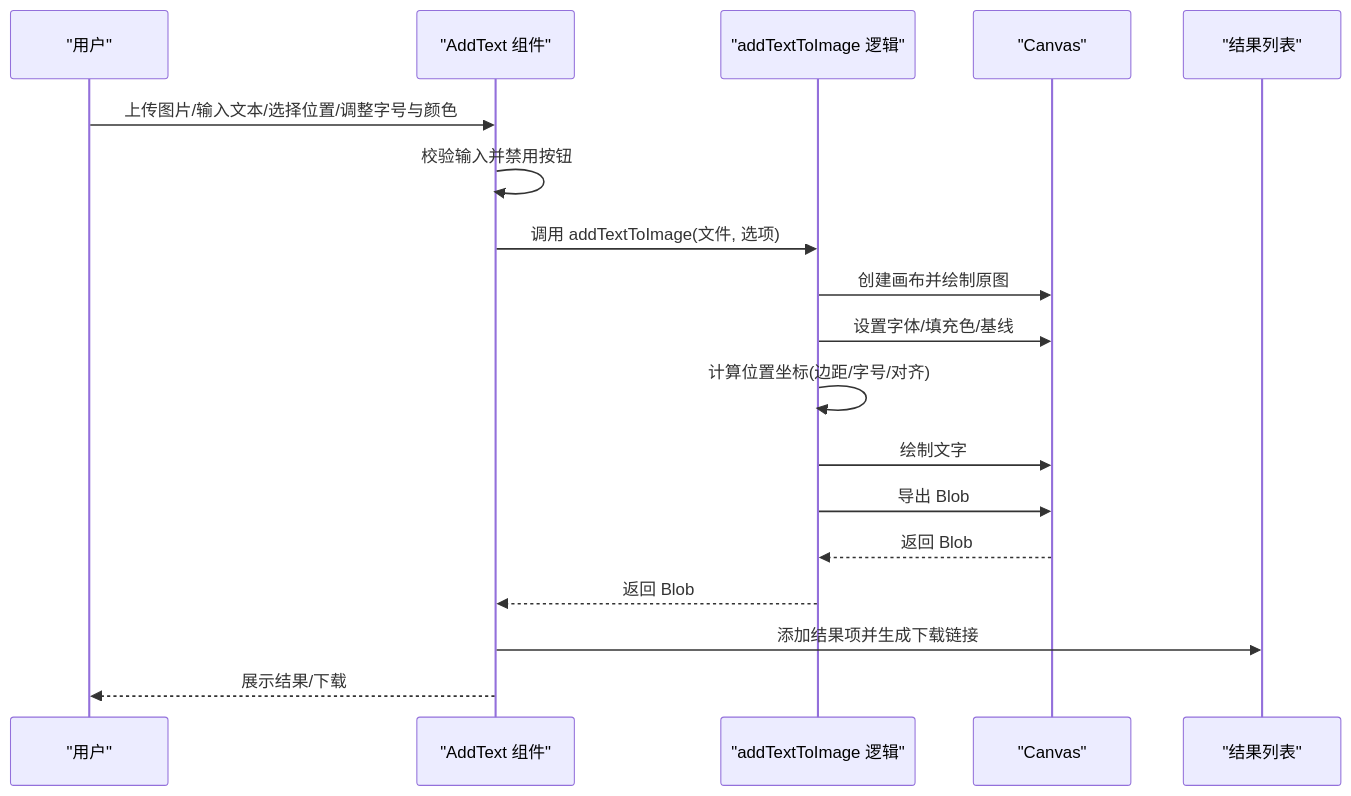
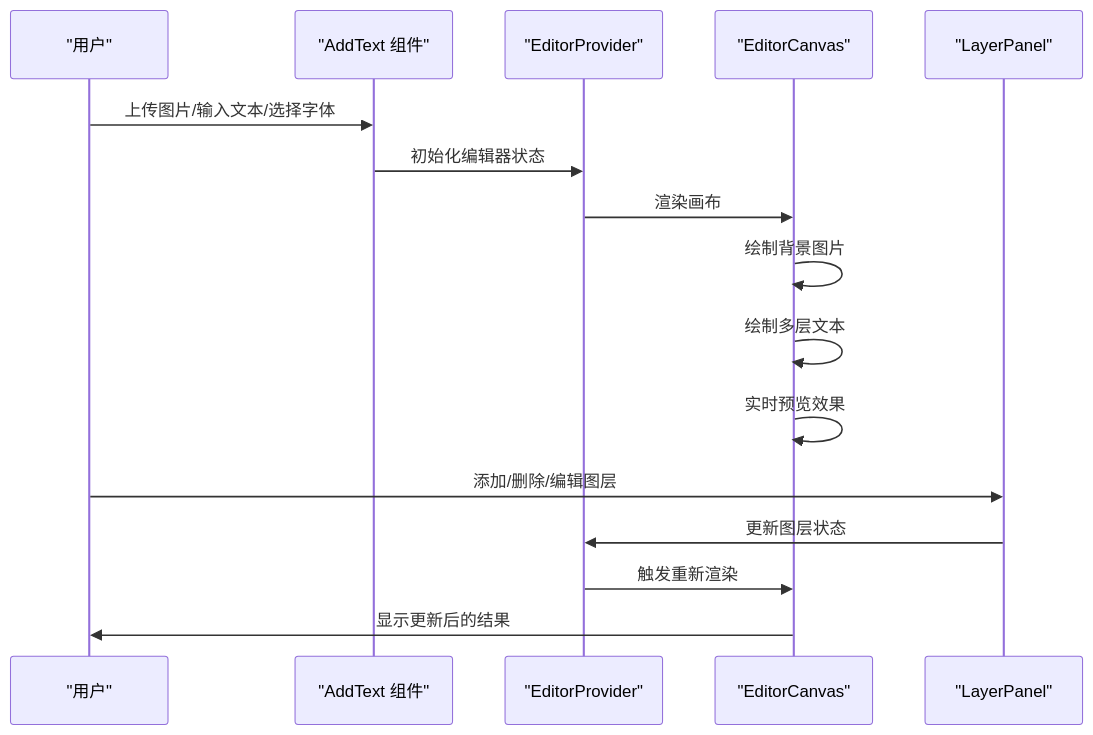
Before and after one commit to sgyy/privadeck: the second of 3 diagrams in .qoder/repowiki/zh/content/图像工具/文字叠加.md, drawn with Mermaid. The commit also changed other lines of this file and 48 other files, not shown here.

````diff
--- a/.qoder/repowiki/zh/content/图像工具/文字叠加.md
+++ b/.qoder/repowiki/zh/content/图像工具/文字叠加.md
@@ -120,20 +158,18 @@
 ```mermaid
 sequenceDiagram
 participant U as "用户"
 participant UI as "AddText 组件"
-participant L as "addTextToImage 逻辑"
-participant C as "Canvas"
-participant R as "结果列表"
-U->>UI : 上传图片/输入文本/选择位置/调整字号与颜色
-UI->>UI : 校验输入并禁用按钮
-UI->>L : 调用 addTextToImage(文件, 选项)
-L->>C : 创建画布并绘制原图
-L->>C : 设置字体/填充色/基线
-L->>L : 计算位置坐标(边距/字号/对齐)
-L->>C : 绘制文字
-L->>C : 导出 Blob
-C-->>L : 返回 Blob
-L-->>UI : 返回 Blob
-UI->>R : 添加结果项并生成下载链接
-UI-->>U : 展示结果/下载
+participant EP as "EditorProvider"
+participant EC as "EditorCanvas"
+participant LP as "LayerPanel"
+U->>UI : 上传图片/输入文本/选择字体
+UI->>EP : 初始化编辑器状态
+EP->>EC : 渲染画布
+EC->>EC : 绘制背景图片
+EC->>EC : 绘制多层文本
+EC->>EC : 实时预览效果
+U->>LP : 添加/删除/编辑图层
+LP->>EP : 更新图层状态
+EP->>EC : 触发重新渲染
+EC->>U : 显示更新后的结果
 ```
````
